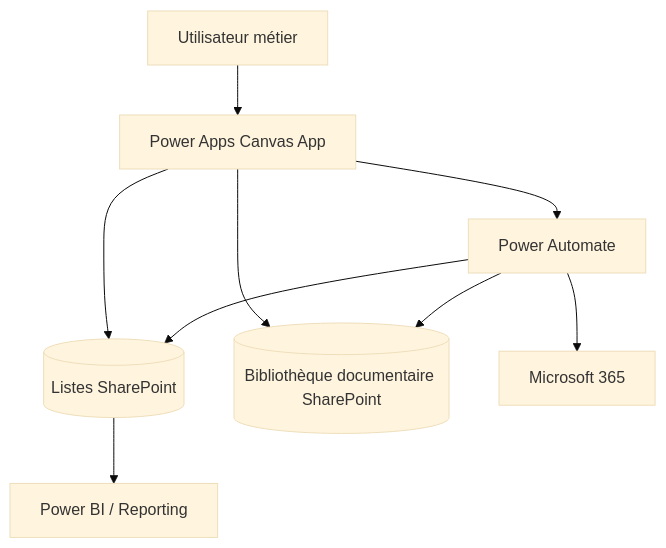
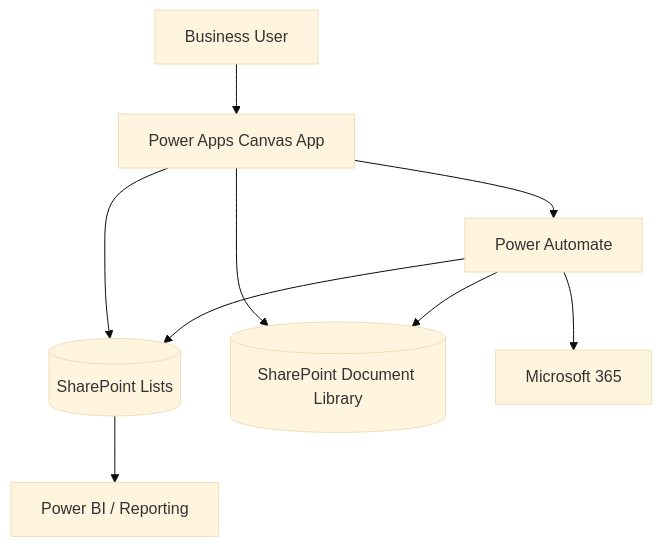
Before and after one commit to jeffersonkuku/jefferson-Mawapanga-Saku: the second of 2 diagrams in projects/procureflow/README.md, drawn with Mermaid (base theme). The commit also changed other lines of this file, not shown here.

````diff
--- a/projects/procureflow/README.md
+++ b/projects/procureflow/README.md
@@ -116,11 +85,12 @@
 ```mermaid
 flowchart TB
-    U[Utilisateur métier] --> APP[Power Apps Canvas App]
-    APP --> SP[(Listes SharePoint)]
-    APP --> LIB[(Bibliothèque documentaire SharePoint)]
+    U[Business User] --> APP[Power Apps Canvas App]
+    APP --> SP[(SharePoint Lists)]
+    APP --> LIB[(SharePoint Document Library)]
     APP --> FLOW[Power Automate]
+
     FLOW --> SP
     FLOW --> LIB
     FLOW --> M365[Microsoft 365]
     SP --> BI[Power BI / Reporting]
 ```
````
